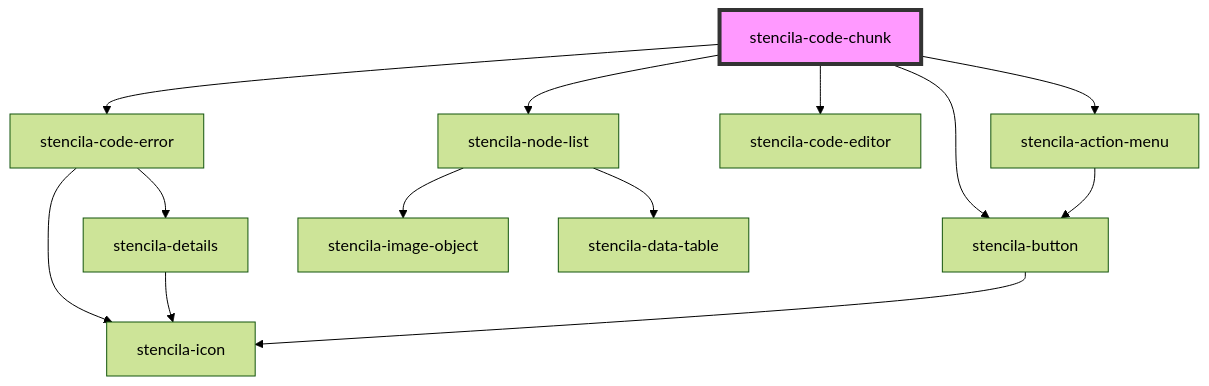
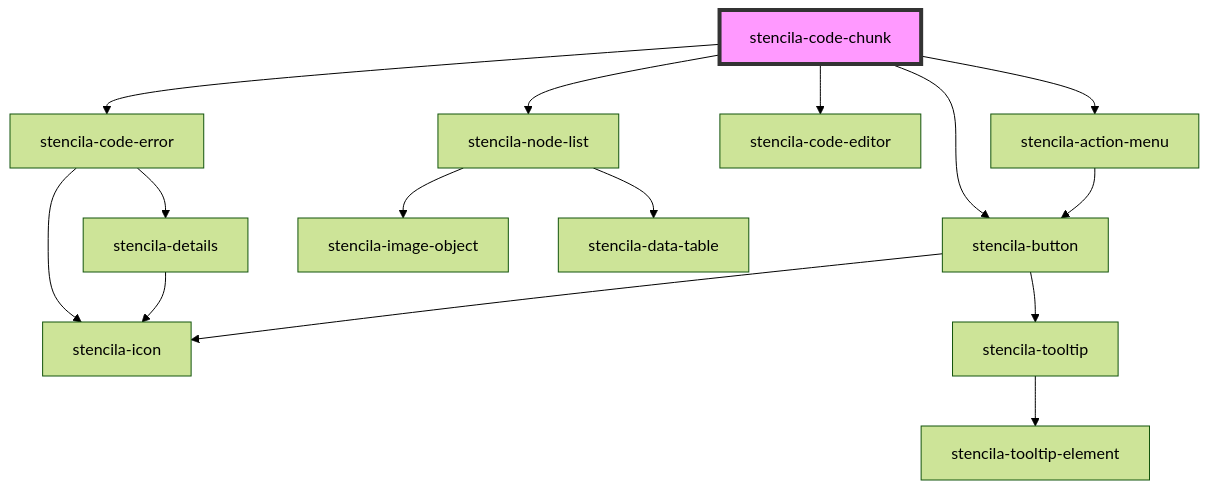
Before and after one commit to stencila/designa: the diagram in packages/components/src/components/codeChunk/readme.md, drawn with Mermaid (forest theme). The commit also changed 6 other files, not shown here.

Commit message:
feat(Button): Add ability to set a tooltip on stencila-button elements

````diff
--- a/packages/components/src/components/codeChunk/readme.md
+++ b/packages/components/src/components/codeChunk/readme.md
@@ -46,16 +46,18 @@
 ```mermaid
 graph TD;
   stencila-code-chunk --> stencila-code-error
   stencila-code-chunk --> stencila-action-menu
   stencila-code-chunk --> stencila-button
   stencila-code-chunk --> stencila-code-editor
   stencila-code-chunk --> stencila-node-list
   stencila-code-error --> stencila-icon
   stencila-code-error --> stencila-details
   stencila-details --> stencila-icon
   stencila-action-menu --> stencila-button
   stencila-button --> stencila-icon
+  stencila-button --> stencila-tooltip
+  stencila-tooltip --> stencila-tooltip-element
   stencila-node-list --> stencila-image-object
   stencila-node-list --> stencila-data-table
   style stencila-code-chunk fill:#f9f,stroke:#333,stroke-width:4px
 ```
````
